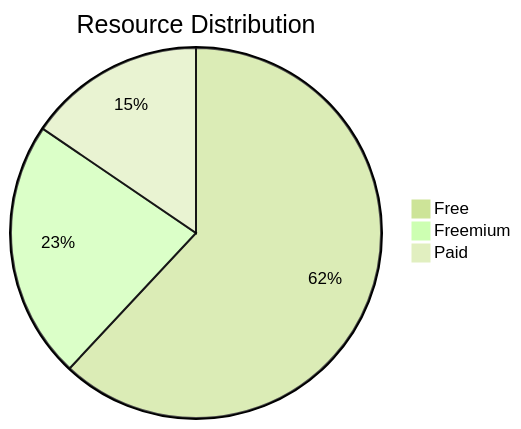
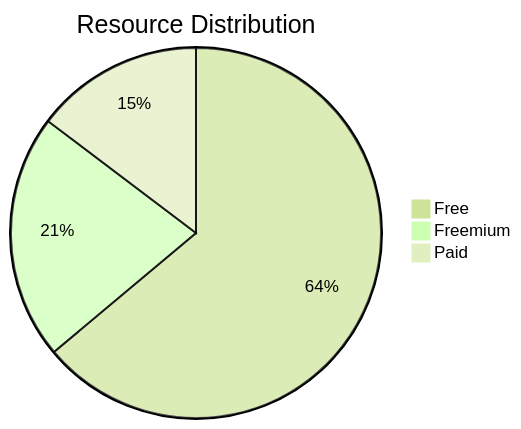
Before and after one commit to sametcn99/computer-science-resources: the diagram in resources/index.md, drawn with Mermaid (forest theme). The commit also changed other lines of this file and 7 other files, not shown here.

````diff
--- a/resources/index.md
+++ b/resources/index.md
@@ -10,7 +10,7 @@
 ```mermaid
 pie
     title Resource Distribution
-    "Free" : 184
+    "Free" : 200
     "Freemium" : 67
     "Paid" : 46
 ```
````
